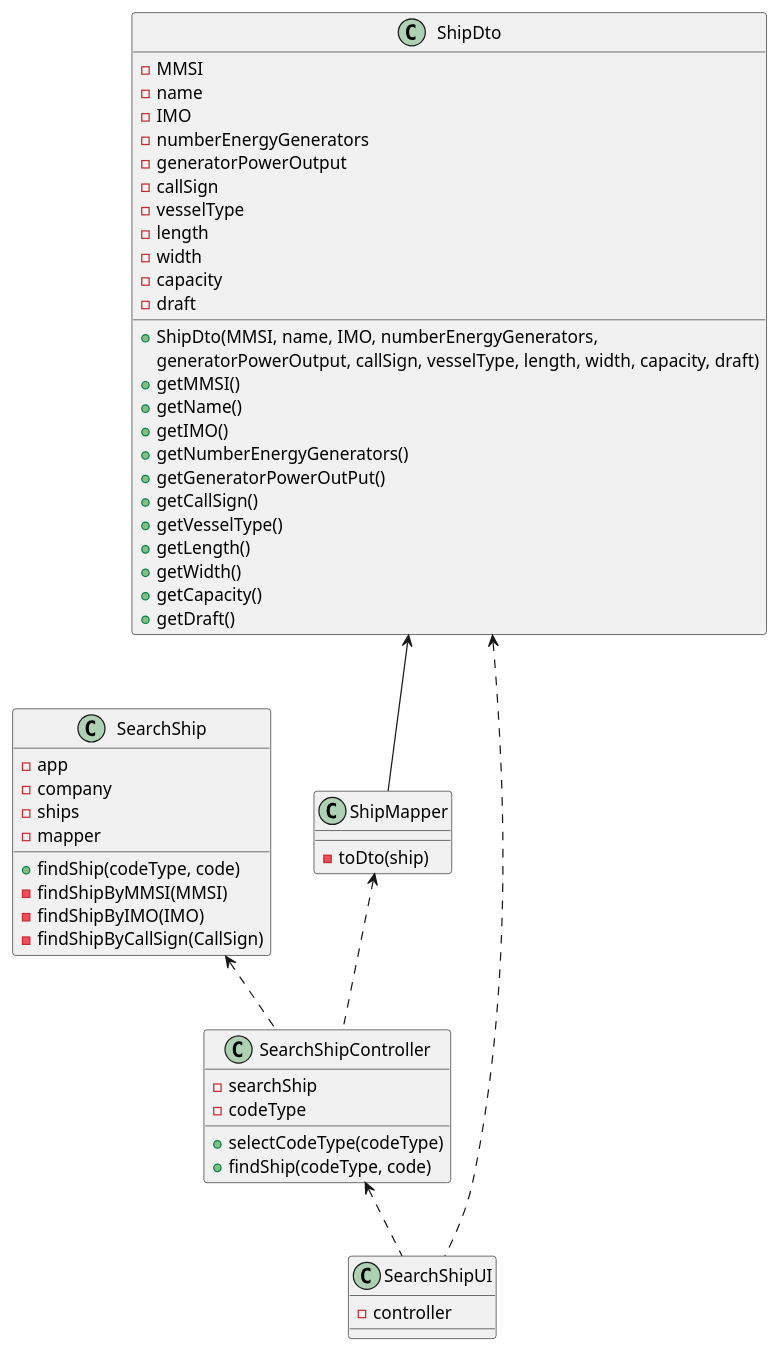
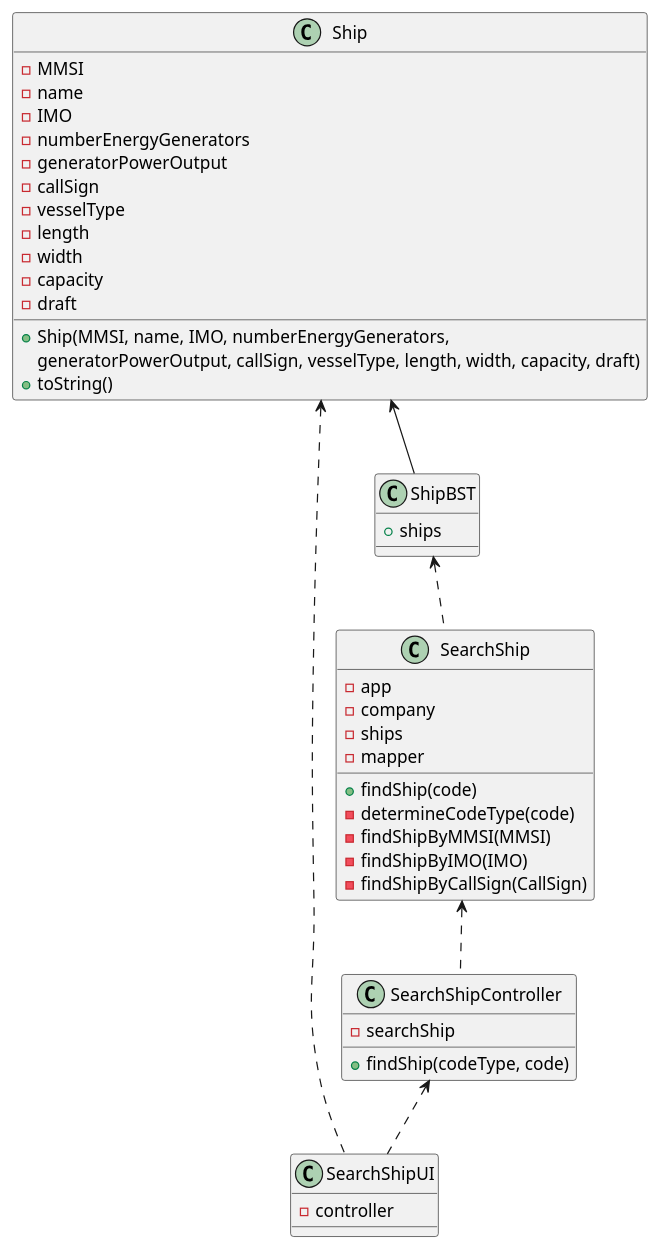
Before and after one commit to 1190772/LAB-Project-3: the diagram in docs/Sprint 1/US/US102/US102_CD.puml, drawn with PlantUML. The commit also changed 6 other files, not shown here.

```diff
--- a/docs/Sprint 1/US/US102/US102_CD.puml
+++ b/docs/Sprint 1/US/US102/US102_CD.puml
@@ -1,64 +1,53 @@
 @startuml
 'https://plantuml.com/class-diagram
 
 class SearchShipUI {
 - controller
 }
 
 class SearchShipController {
 - searchShip
-- codeType
-+ selectCodeType(codeType)
 + findShip(codeType, code)
 }
 
 class SearchShip {
 - app
 - company
 - ships
 - mapper
-+ findShip(codeType, code)
++ findShip(code)
+- determineCodeType(code)
 - findShipByMMSI(MMSI)
 - findShipByIMO(IMO)
 - findShipByCallSign(CallSign)
 }
 
-class ShipMapper {
-- toDto(ship)
+class ShipBST {
++ ships
 }
 
-class ShipDto {
+class Ship {
 -MMSI
 -name
 -IMO
 -numberEnergyGenerators
 -generatorPowerOutput
 -callSign
 -vesselType
 -length
 -width
 -capacity
 -draft
-+ ShipDto(MMSI, name, IMO, numberEnergyGenerators,
++ Ship(MMSI, name, IMO, numberEnergyGenerators,
           generatorPowerOutput, callSign, vesselType, length, width, capacity, draft)
-+ getMMSI()
-+ getName()
-+ getIMO()
-+ getNumberEnergyGenerators()
-+ getGeneratorPowerOutPut()
-+ getCallSign()
-+ getVesselType()
-+ getLength()
-+ getWidth()
-+ getCapacity()
-+ getDraft()
++ toString()
 }
 
 SearchShipController <.. SearchShipUI
 SearchShip <.. SearchShipController
-ShipMapper <.. SearchShipController
-ShipDto <-- ShipMapper
-ShipDto <.. SearchShipUI
+ShipBST <.. SearchShip
+Ship <-- ShipBST
+Ship <.. SearchShipUI
 
 
 @enduml
```
